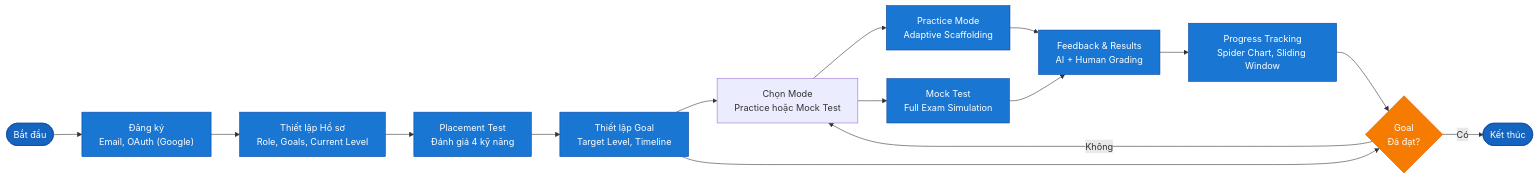
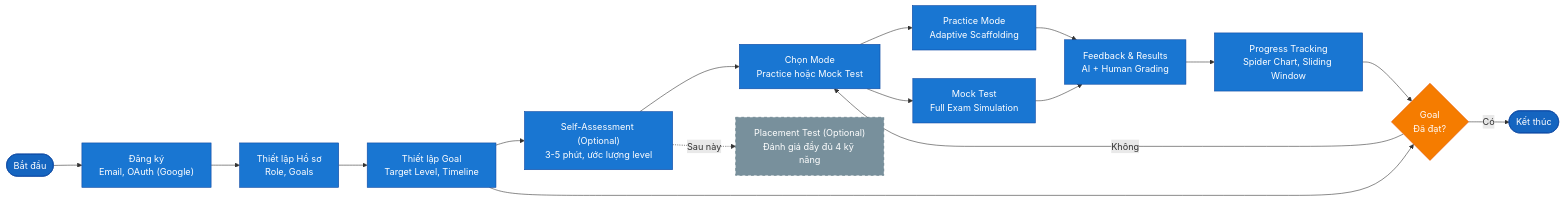
One commit to nghyane/VSTEP changed the second of 8 diagrams in docs/capstone/diagrams/flow-diagrams.vi.md. Above: the diagram before and after it, drawn with Mermaid. The commit also changed other lines of this file, not shown here.

Commit message:
docs: update flow diagrams per review feedback
- User Journey: Placement Test → Optional/Deferred, add Self-Assessment (3-5 min)
- Adaptive Engine: Rule-based (sliding window, accuracy)
- Hybrid Grading: Confidence = heuristic (validation rules)
- Add conceptual architecture note for Queue/Observability
- Update summary table and add system summary sentence

````diff
--- a/docs/capstone/diagrams/flow-diagrams.vi.md
+++ b/docs/capstone/diagrams/flow-diagrams.vi.md
@@ -112,39 +114,43 @@
 ```mermaid
 flowchart LR
     Start(["Bắt đầu"])
     Reg["Đăng ký<br/>Email, OAuth (Google)"]
-    Profile["Thiết lập Hồ sơ<br/>Role, Goals, Current Level"]
-    Placement["Placement Test<br/>Đánh giá 4 kỹ năng"]
+    Profile["Thiết lập Hồ sơ<br/>Role, Goals"]
+    GoalSet["Thiết lập Goal<br/>Target Level, Timeline"]
+    SelfAssess["Self-Assessment (Optional)<br/>3-5 phút, ước lượng level"]
     Select["Chọn Mode<br/>Practice hoặc Mock Test"]
     Practice["Practice Mode<br/>Adaptive Scaffolding"]
     Mock["Mock Test<br/>Full Exam Simulation"]
     Feedback["Feedback & Results<br/>AI + Human Grading"]
     Progress["Progress Tracking<br/>Spider Chart, Sliding Window"]
     GoalCheck{"Goal<br/>Đã đạt?"}
-    GoalSet["Thiết lập Goal<br/>Target Level, Timeline"]
+    Placement["Placement Test (Optional)<br/>Đánh giá đầy đủ 4 kỹ năng"]
     End(["Kết thúc"])
 
     Start --> Reg
     Reg --> Profile
-    Profile --> Placement
-    Placement --> GoalSet
-    GoalSet --> Select
+    Profile --> GoalSet
+    GoalSet --> SelfAssess
+    SelfAssess --> Select
     Select --> Practice
     Select --> Mock
     Practice --> Feedback
     Mock --> Feedback
     Feedback --> Progress
     Progress --> GoalCheck
     GoalSet --> GoalCheck
     GoalCheck -->|Không| Select
     GoalCheck -->|Có| End
+    SelfAssess -.->|Sau này| Placement
 
     classDef start fill:#1565c0,stroke:#0d47a1,color:#fff
     classDef process fill:#1976d2,stroke:#0d47a1,color:#fff
     classDef decision fill:#f57c00,stroke:#e65100,color:#fff
     classDef outcome fill:#7b1fa2,stroke:#4a148c,color:#fff
+    classDef optional fill:#78909c,stroke:#546e7a,color:#fff,stroke-dasharray: 5 5
 
     class Start,End start
-    class Reg,Profile,Placement,Practice,Mock,Feedback,Progress,GoalSet process
+    class Reg,Profile,GoalSet,SelfAssess,Practice,Mock,Feedback,Progress,Select process
     class GoalCheck decision
+    class Placement optional
 ```
````
